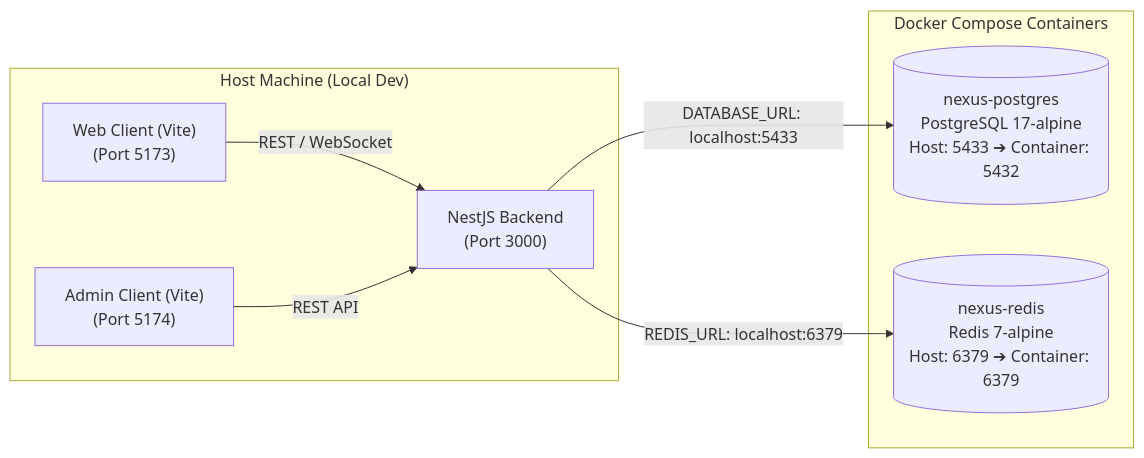
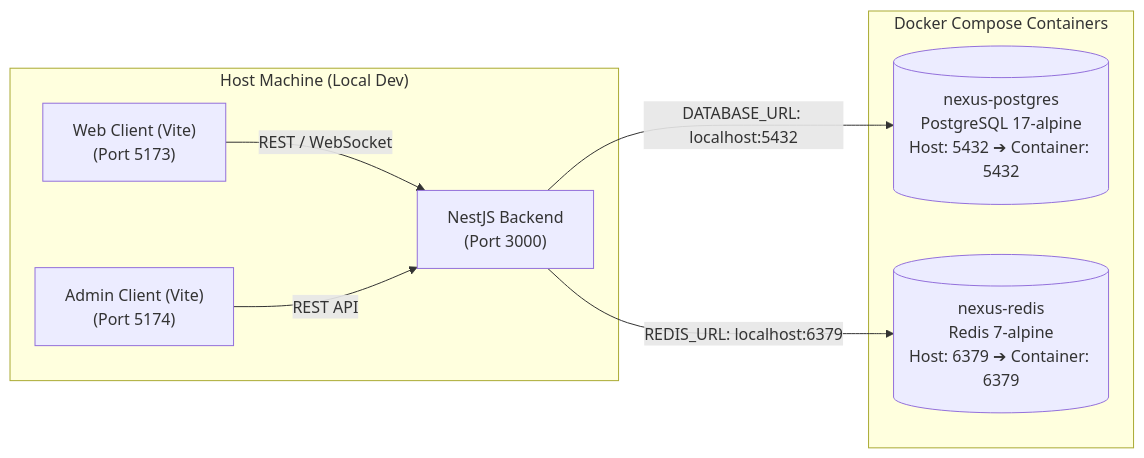
One commit to MinhPhuc00ne/project-nexus changed the diagram in infra/README.md. Above: the diagram before and after it, drawn with Mermaid. The commit also changed other lines of this file and 1 other file, not shown here.

Commit message:
fix(prisma): correct PostgreSQL host port in connection string and documentation

````diff
--- a/infra/README.md
+++ b/infra/README.md
@@ -11,18 +11,18 @@
 ```mermaid
 flowchart LR
     subgraph HostOS["Host Machine (Local Dev)"]
         BE["NestJS Backend<br/>(Port 3000)"]
         FE_Web["Web Client (Vite)<br/>(Port 5173)"]
         FE_Admin["Admin Client (Vite)<br/>(Port 5174)"]
     end
 
     subgraph DockerContainers["Docker Compose Containers"]
-        PG[("nexus-postgres<br/>PostgreSQL 17-alpine<br/>Host: 5433 ➔ Container: 5432")]
+        PG[("nexus-postgres<br/>PostgreSQL 17-alpine<br/>Host: 5432 ➔ Container: 5432")]
         RD[("nexus-redis<br/>Redis 7-alpine<br/>Host: 6379 ➔ Container: 6379")]
     end
 
-    BE -->|DATABASE_URL: localhost:5433| PG
+    BE -->|DATABASE_URL: localhost:5432| PG
     BE -->|REDIS_URL: localhost:6379| RD
     FE_Web -->|REST / WebSocket| BE
     FE_Admin -->|REST API| BE
 ```
````
